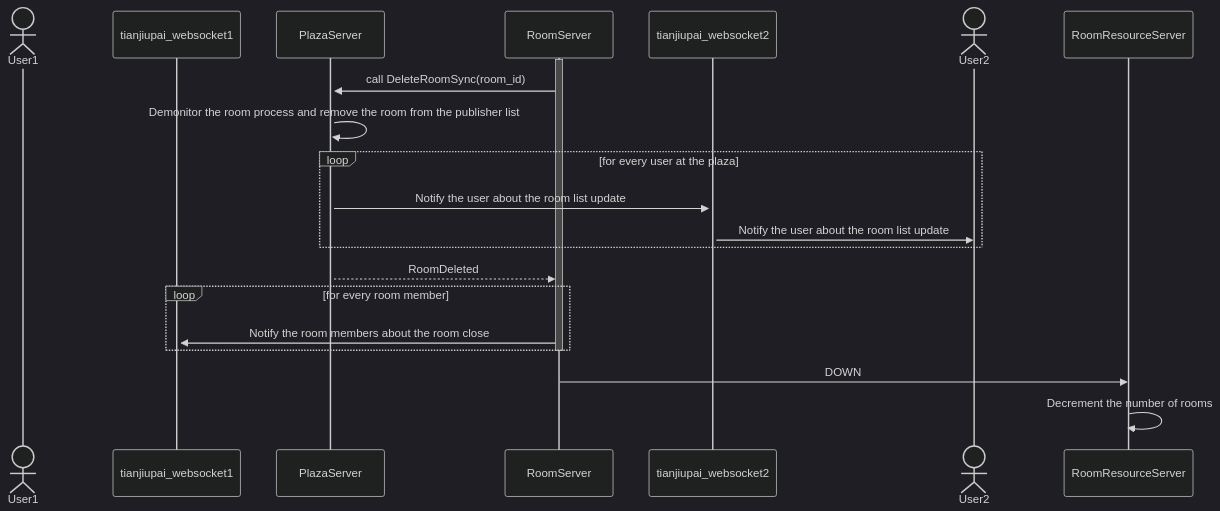
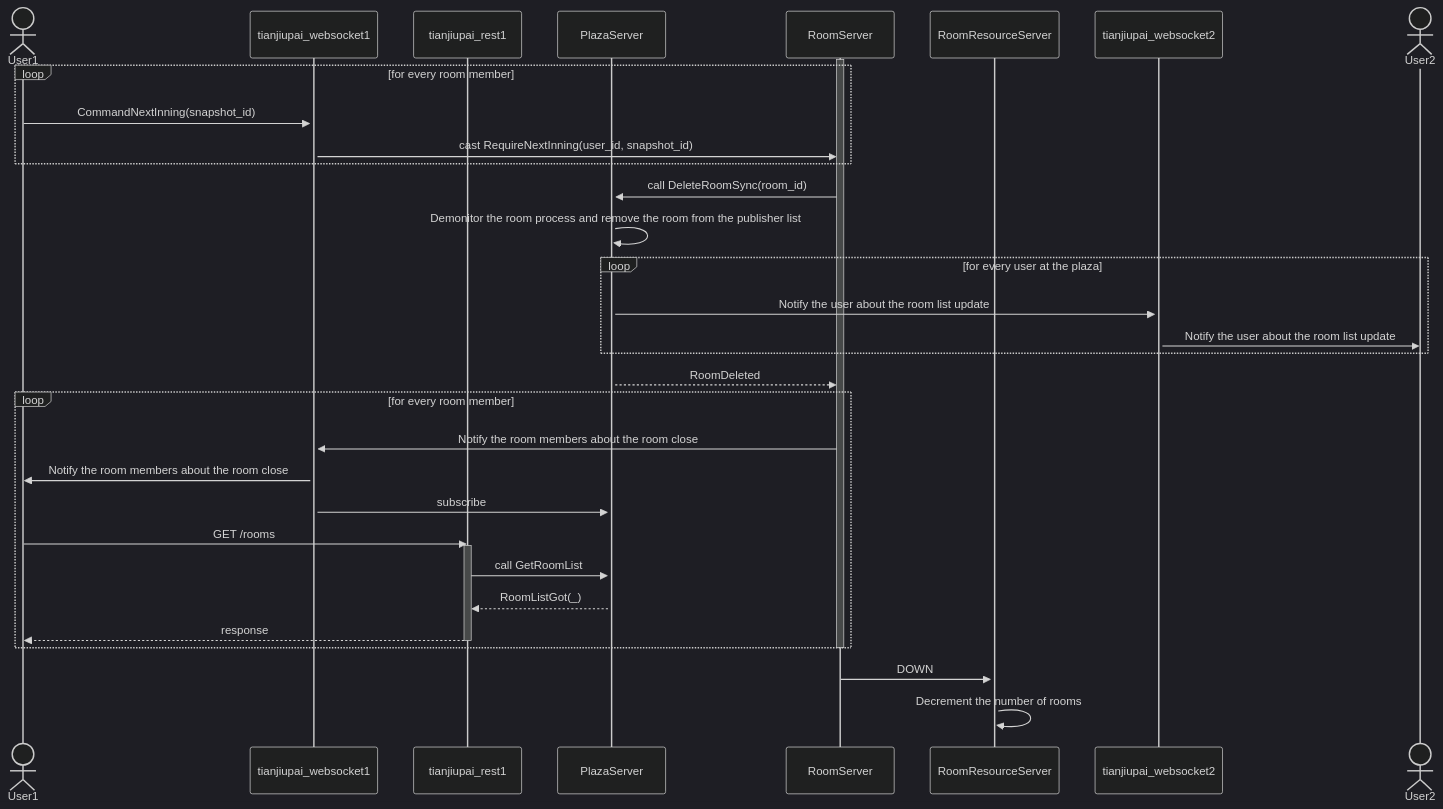
Before and after one commit to gfngfn/game_tianjiupai: the fifth of 5 diagrams in docs/ARCHITECTURE.md, drawn with Mermaid (dark theme).

Commit message:
add some sequence diagrams to docs (4)

````diff
--- a/docs/ARCHITECTURE.md
+++ b/docs/ARCHITECTURE.md
@@ -135,27 +135,42 @@
 ```mermaid
 sequenceDiagram
   actor User1
   participant tianjiupai_websocket1
+  participant tianjiupai_rest1
   participant PlazaServer
   participant RoomServer
+  participant RoomResourceServer
   participant tianjiupai_websocket2
   actor User2
   activate tianjiupai_websocket1
   activate PlazaServer
   activate RoomServer
+  activate RoomResourceServer
   activate tianjiupai_websocket2
 
+  loop for every room member
+    User1 ->> tianjiupai_websocket1 : CommandNextInning(snapshot_id)
+    tianjiupai_websocket1 ->> RoomServer : cast RequireNextInning(user_id, snapshot_id)
+  end
   RoomServer ->> PlazaServer : call DeleteRoomSync(room_id)
   PlazaServer ->> PlazaServer : Demonitor the room process and remove the room from the publisher list
   loop for every user at the plaza
     PlazaServer ->> tianjiupai_websocket2 : Notify the user about the room list update
     tianjiupai_websocket2 ->> User2 : Notify the user about the room list update
   end
   PlazaServer -->> RoomServer : RoomDeleted
   loop for every room member
     RoomServer ->> tianjiupai_websocket1 : Notify the room members about the room close
+    tianjiupai_websocket1 ->> User1 : Notify the room members about the room close
+    tianjiupai_websocket1 ->> PlazaServer : subscribe
+    User1 ->> tianjiupai_rest1 : GET /rooms
+    activate tianjiupai_rest1
+    tianjiupai_rest1 ->> PlazaServer : call GetRoomList
+    PlazaServer -->> tianjiupai_rest1 : RoomListGot(_)
+    tianjiupai_rest1 -->> User1 : response
+    deactivate tianjiupai_rest1
   end
   deactivate RoomServer
   RoomServer ->> RoomResourceServer : DOWN
   RoomResourceServer ->> RoomResourceServer : Decrement the number of rooms
 ```
````
